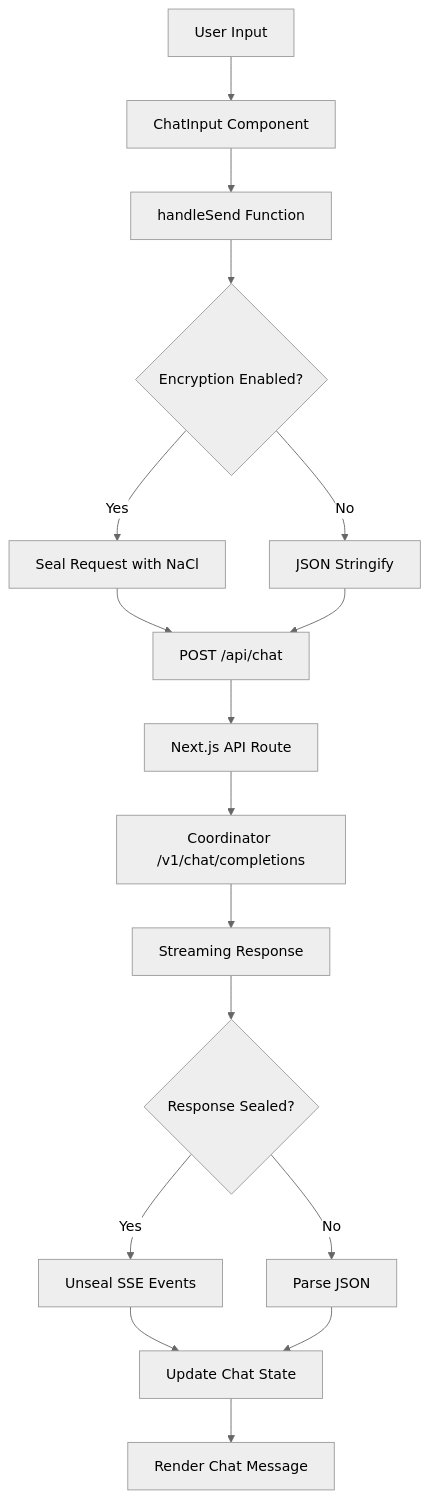
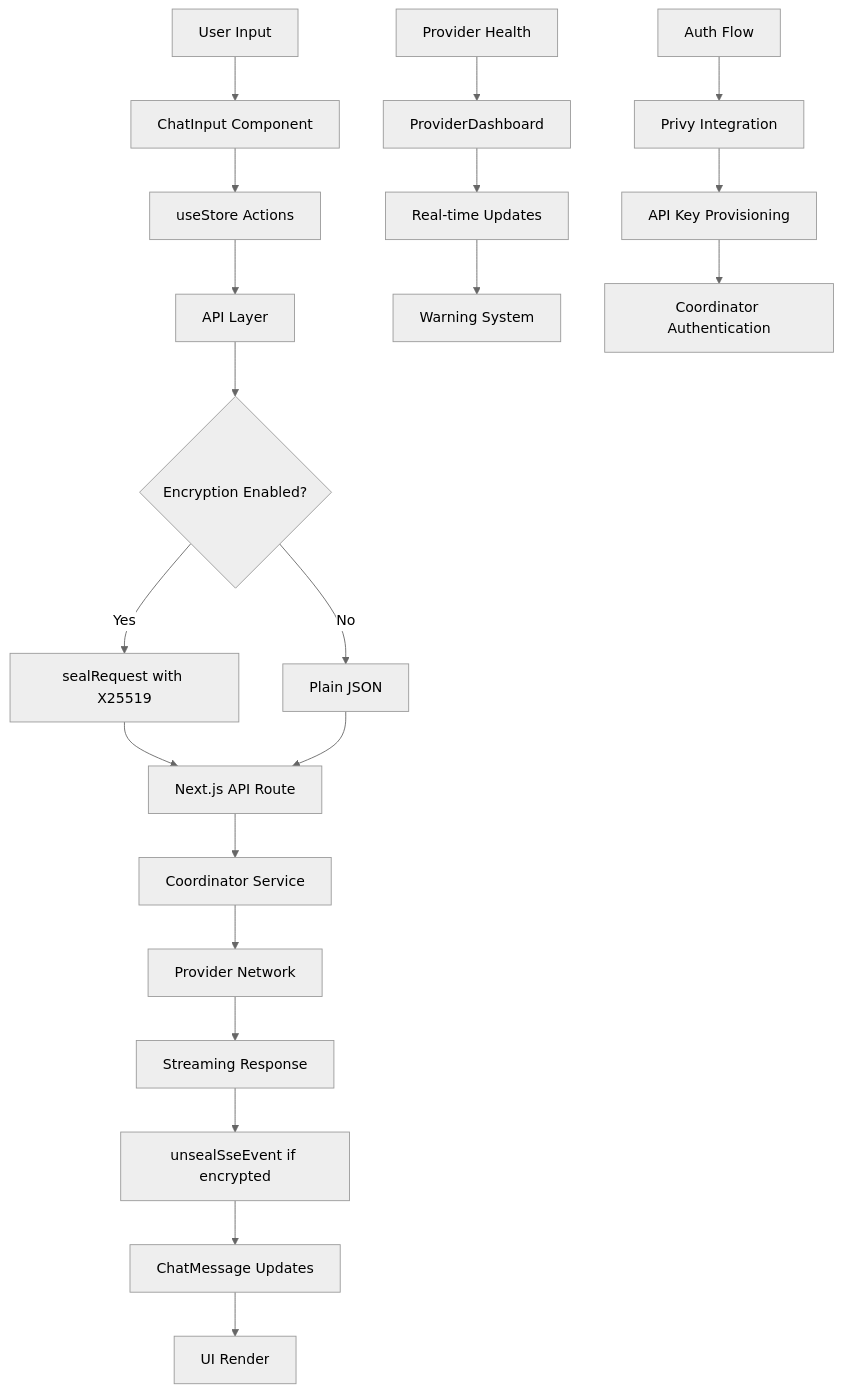
The diagram in artifacts/d-inference/service_analyses/web.md (researchoors/knowledge-maintenance), drawn with Mermaid (neutral theme) before and after one commit. The commit also changed other lines of this file and 23 other files, not shown here.

````diff
--- a/artifacts/d-inference/service_analyses/web.md
+++ b/artifacts/d-inference/service_analyses/web.md
@@ -86,19 +40,25 @@
 ```mermaid
 graph TD
     A[User Input] --> B[ChatInput Component]
-    B --> C[handleSend Function]
-    C --> D{Encryption Enabled?}
-    D -->|Yes| E[Seal Request with NaCl]
-    D -->|No| F[JSON Stringify]
-    E --> G[POST /api/chat]
-    F --> G
-    G --> H[Next.js API Route]
-    H --> I[Coordinator /v1/chat/completions]
-    I --> J[Streaming Response]
-    J --> K{Response Sealed?}
-    K -->|Yes| L[Unseal SSE Events]
-    K -->|No| M[Parse JSON]
-    L --> N[Update Chat State]
-    M --> N
-    N --> O[Render Chat Message]
+    B --> C[useStore Actions]
+    C --> D[API Layer]
+    D --> E{Encryption Enabled?}
+    E -->|Yes| F[sealRequest with X25519]
+    E -->|No| G[Plain JSON]
+    F --> H[Next.js API Route]
+    G --> H
+    H --> I[Coordinator Service]
+    I --> J[Provider Network]
+    J --> K[Streaming Response]
+    K --> L[unsealSseEvent if encrypted]
+    L --> M[ChatMessage Updates]
+    M --> N[UI Render]
+    
+    O[Provider Health] --> P[ProviderDashboard]
+    P --> Q[Real-time Updates]
+    Q --> R[Warning System]
+    
+    S[Auth Flow] --> T[Privy Integration]
+    T --> U[API Key Provisioning]
+    U --> V[Coordinator Authentication]
 ```
````
